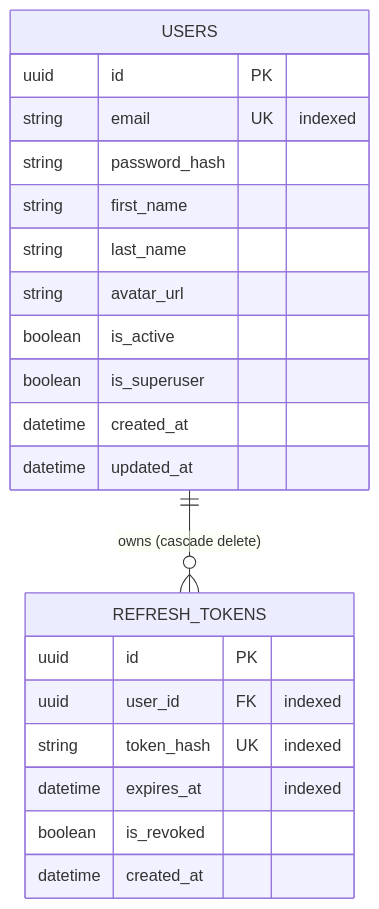
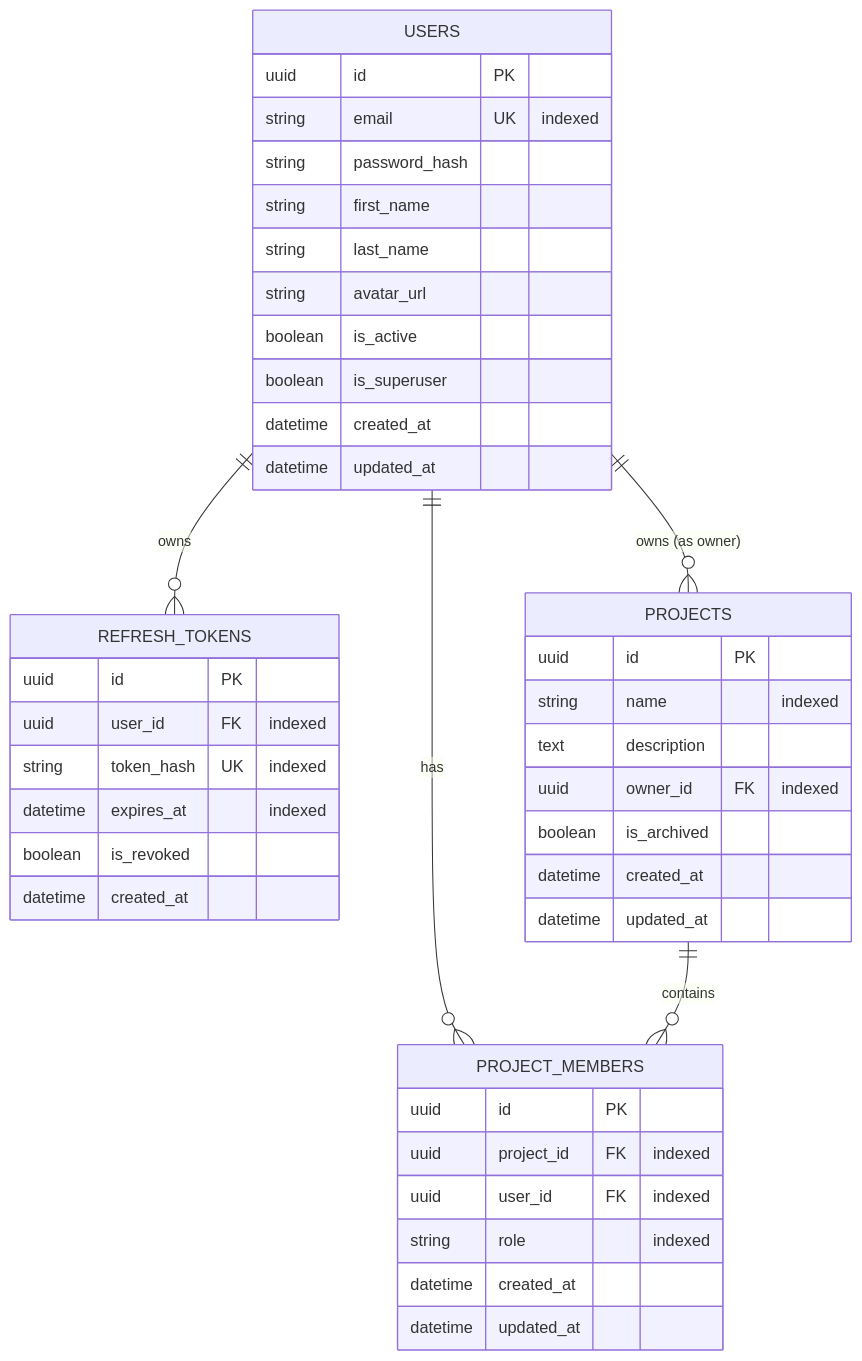
One commit to AliSheydai/project-management-platform changed the diagram in ARCHITECTURE.md. Above: the diagram before and after it, drawn with Mermaid. The commit also changed other lines of this file and 14 other files, not shown here.

Commit message:
feat(rbac): implement RBAC hierarchy, project membership models, and user profile management

````diff
--- a/ARCHITECTURE.md
+++ b/ARCHITECTURE.md
@@ -21,26 +25,48 @@
 ```mermaid
 erDiagram
-    USERS ||--o{ REFRESH_TOKENS : "owns (cascade delete)"
+    USERS ||--o{ REFRESH_TOKENS : "owns"
+    USERS ||--o{ PROJECTS : "owns (as owner)"
+    USERS ||--o{ PROJECT_MEMBERS : "has"
+    PROJECTS ||--o{ PROJECT_MEMBERS : "contains"
     
     USERS {
         uuid id PK
         string email UK "indexed"
         string password_hash
         string first_name
         string last_name
         string avatar_url
         boolean is_active
         boolean is_superuser
         datetime created_at
         datetime updated_at
     }
 
     REFRESH_TOKENS {
         uuid id PK
         uuid user_id FK "indexed"
         string token_hash UK "indexed"
         datetime expires_at "indexed"
         boolean is_revoked
         datetime created_at
     }
+
+    PROJECTS {
+        uuid id PK
+        string name "indexed"
+        text description
+        uuid owner_id FK "indexed"
+        boolean is_archived
+        datetime created_at
+        datetime updated_at
+    }
+
+    PROJECT_MEMBERS {
+        uuid id PK
+        uuid project_id FK "indexed"
+        uuid user_id FK "indexed"
+        string role "indexed"
+        datetime created_at
+        datetime updated_at
+    }
 ```
````
